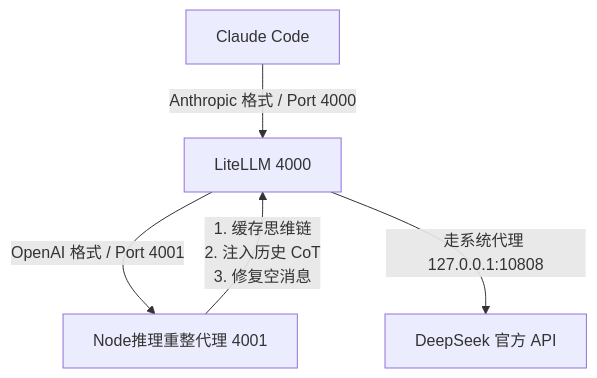
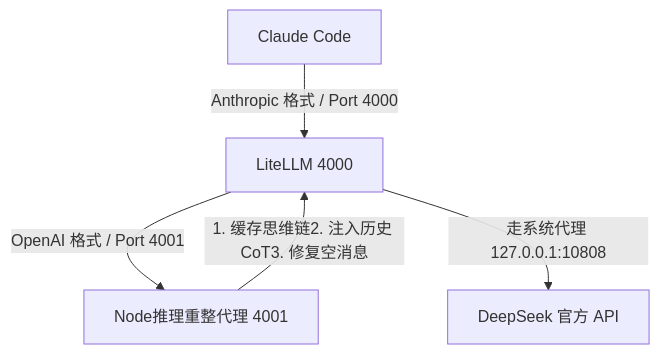
Before and after one commit to zhanghan0202-sudo/claude-code-deepseek-proxy: the diagram in README.md, drawn with Mermaid. The commit also changed other lines of this file, not shown here.

````diff
--- a/README.md
+++ b/README.md
@@ -17,7 +17,7 @@
 ```mermaid
 graph TD
     CC[Claude Code] -->|Anthropic 格式 / Port 4000| LL[LiteLLM 4000]
     LL -->|OpenAI 格式 / Port 4001| Proxy[Node推理重整代理 4001]
-    Proxy -->|1. 缓存思维链<br>2. 注入历史 CoT<br>3. 修复空消息| LL
+    Proxy -->|1. 缓存思维链2. 注入历史 CoT3. 修复空消息| LL
     LL -->|走系统代理 127.0.0.1:10808| DS[DeepSeek 官方 API]
 ```
````
